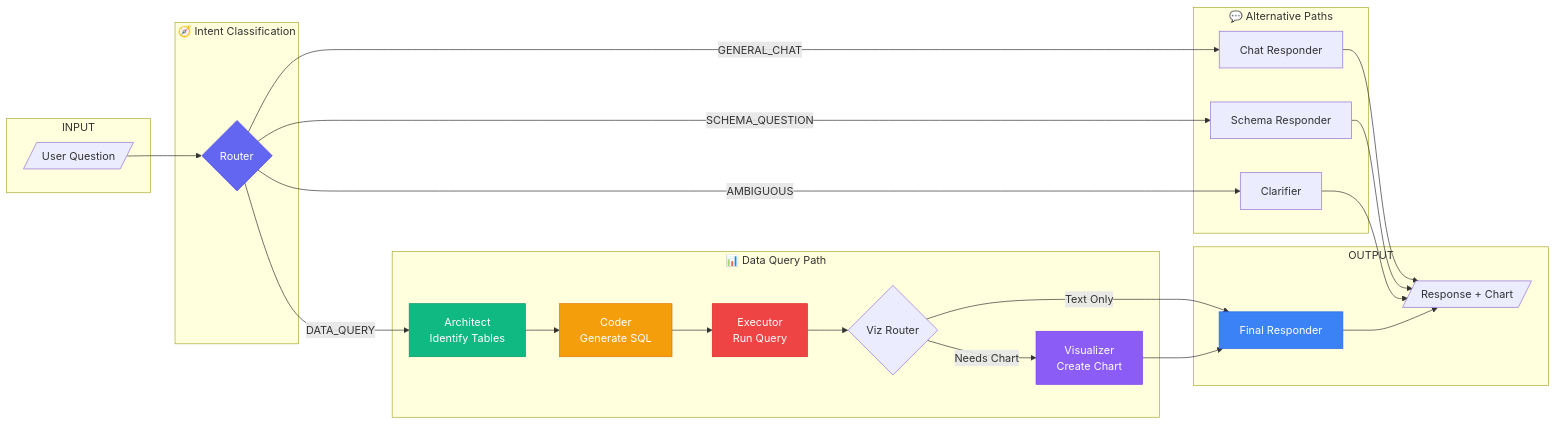
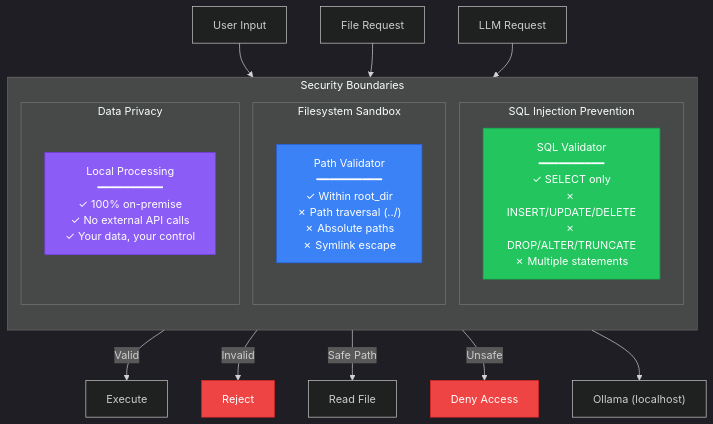
Before and after one commit to kaushikkumarkr/Antigravit: the fourth of 4 diagrams in README.md, drawn with Mermaid. The commit also changed other lines of this file, not shown here.

First line of the commit message:
docs: senior AI engineer level system architecture

````diff
--- a/README.md
+++ b/README.md
@@ -174,52 +392,36 @@
 ```mermaid
-flowchart LR
-    subgraph INPUT
-        Q[/"User Question"/]
+%%{init: {'theme': 'dark'}}%%
+flowchart TB
+    subgraph BOUNDARIES["Security Boundaries"]
+        direction TB
+        
+        subgraph SQL_GUARD["SQL Injection Prevention"]
+            VALIDATOR["SQL Validator<br/>━━━━━━━━━━<br/>✓ SELECT only<br/>✗ INSERT/UPDATE/DELETE<br/>✗ DROP/ALTER/TRUNCATE<br/>✗ Multiple statements"]
+        end
+        
+        subgraph FS_SANDBOX["Filesystem Sandbox"]
+            SANDBOX["Path Validator<br/>━━━━━━━━━━<br/>✓ Within root_dir<br/>✗ Path traversal (../)<br/>✗ Absolute paths<br/>✗ Symlink escape"]
+        end
+        
+        subgraph DATA_PRIVACY["Data Privacy"]
+            LOCAL["Local Processing<br/>━━━━━━━━━━<br/>✓ 100% on-premise<br/>✓ No external API calls<br/>✓ Your data, your control"]
+        end
     end
+    
+    INPUT["User Input"] --> VALIDATOR
+    VALIDATOR -->|"Valid"| EXEC["Execute"]
+    VALIDATOR -->|"Invalid"| REJECT["Reject"]
+    
+    FILE_REQ["File Request"] --> SANDBOX
+    SANDBOX -->|"Safe Path"| READ["Read File"]
+    SANDBOX -->|"Unsafe"| DENY["Deny Access"]
+    
+    LLM_REQ["LLM Request"] --> LOCAL
+    LOCAL --> OLLAMA["Ollama (localhost)"]
 
-    subgraph ROUTING["🧭 Intent Classification"]
-        R{Router}
-    end
-
-    subgraph DATA_PATH["📊 Data Query Path"]
-        A[Architect<br/>Identify Tables]
-        C[Coder<br/>Generate SQL]
-        E[Executor<br/>Run Query]
-        VR{Viz Router}
-        V[Visualizer<br/>Create Chart]
-    end
-
-    subgraph OTHER_PATHS["💬 Alternative Paths"]
-        CR[Chat Responder]
-        SR[Schema Responder]
-        CL[Clarifier]
-    end
-
-    subgraph OUTPUT
-        FR[Final Responder]
-        O[/"Response + Chart"/]
-    end
-
-    Q --> R
-    R -->|DATA_QUERY| A
-    R -->|GENERAL_CHAT| CR
-    R -->|SCHEMA_QUESTION| SR
-    R -->|AMBIGUOUS| CL
-
-    A --> C --> E --> VR
-    VR -->|Needs Chart| V
-    VR -->|Text Only| FR
-    V --> FR
-    
-    CR --> O
-    SR --> O
-    CL --> O
-    FR --> O
-
-    style R fill:#6366f1,stroke:#4f46e5,color:#fff
-    style A fill:#10b981,stroke:#059669,color:#fff
-    style C fill:#f59e0b,stroke:#d97706,color:#fff
-    style E fill:#ef4444,stroke:#dc2626,color:#fff
-    style V fill:#8b5cf6,stroke:#7c3aed,color:#fff
-    style FR fill:#3b82f6,stroke:#2563eb,color:#fff
+    style VALIDATOR fill:#22c55e,stroke:#16a34a,color:#fff
+    style SANDBOX fill:#3b82f6,stroke:#2563eb,color:#fff
+    style LOCAL fill:#8b5cf6,stroke:#7c3aed,color:#fff
+    style REJECT fill:#ef4444,stroke:#dc2626,color:#fff
+    style DENY fill:#ef4444,stroke:#dc2626,color:#fff
 ```
````
